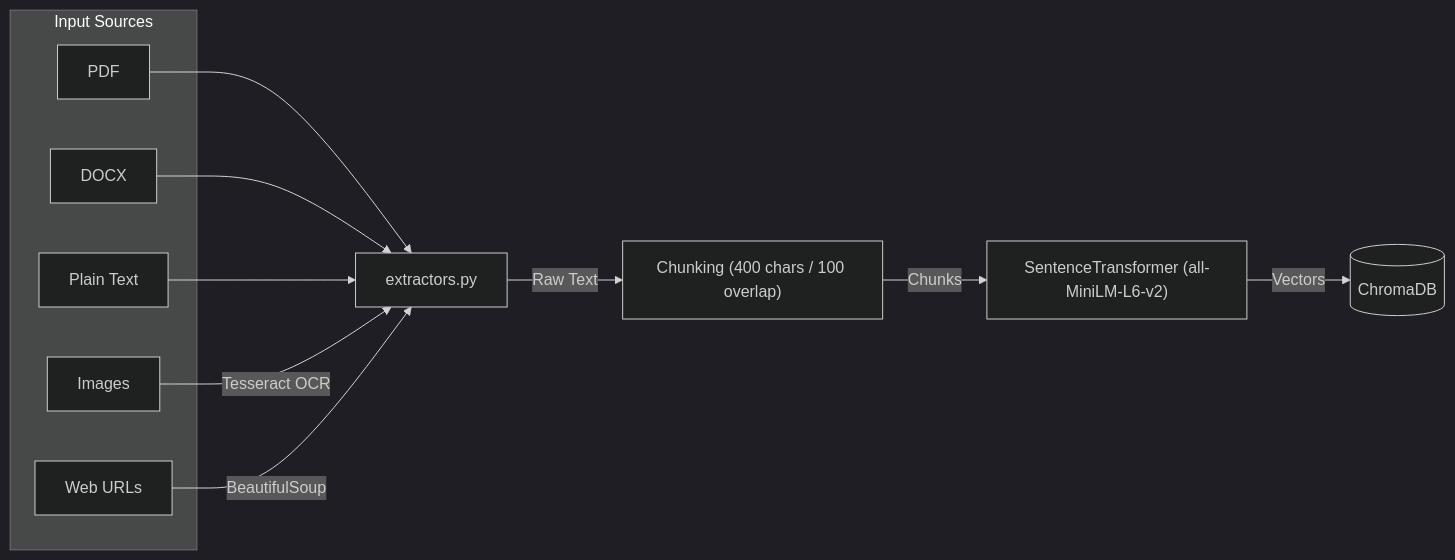
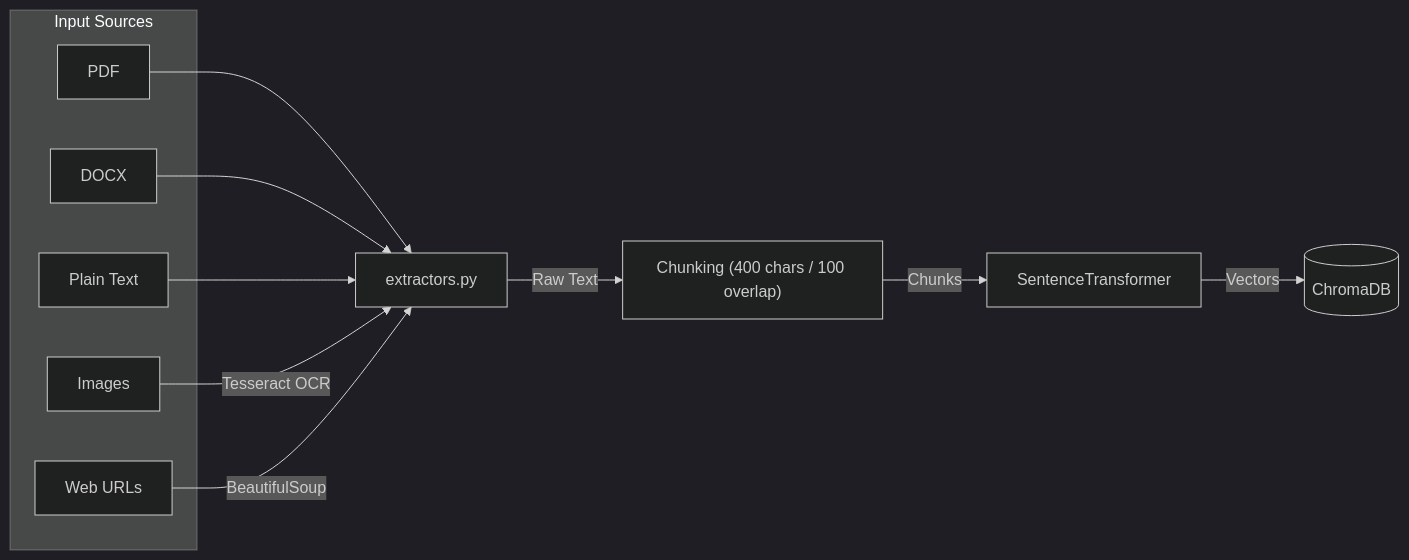
Before and after one commit to ApurvArc/DocuFlux-AI: the first of 2 diagrams in README.md, drawn with Mermaid (dark theme). The commit also changed other lines of this file, not shown here.

Commit message:
docs: update readme and fix session isolation architecture

````diff
--- a/README.md
+++ b/README.md
@@ -121,20 +121,20 @@
 ```mermaid
 graph LR
     subgraph "Input Sources"
         PDF[PDF]
         DOCX[DOCX]
         TXT[Plain Text]
         IMG[Images]
         URL[Web URLs]
     end
 
     PDF --> EXT["extractors.py"]
     DOCX --> EXT
     TXT --> EXT
     IMG -->|Tesseract OCR| EXT
     URL -->|BeautifulSoup| EXT
 
     EXT -->|Raw Text| CHUNK["Chunking (400 chars / 100 overlap)"]
-    CHUNK -->|Chunks| EMB["SentenceTransformer (all-MiniLM-L6-v2)"]
+    CHUNK -->|Chunks| EMB["SentenceTransformer"]
     EMB -->|Vectors| DB[(ChromaDB)]
 ```
````
